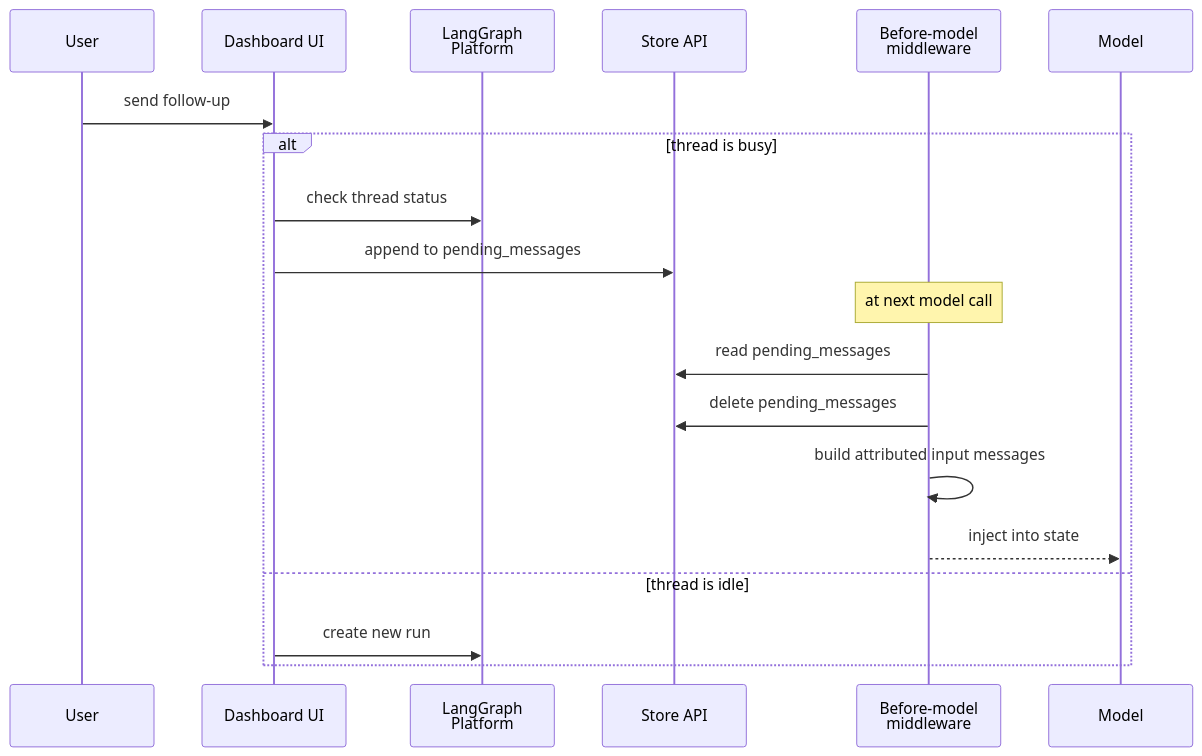
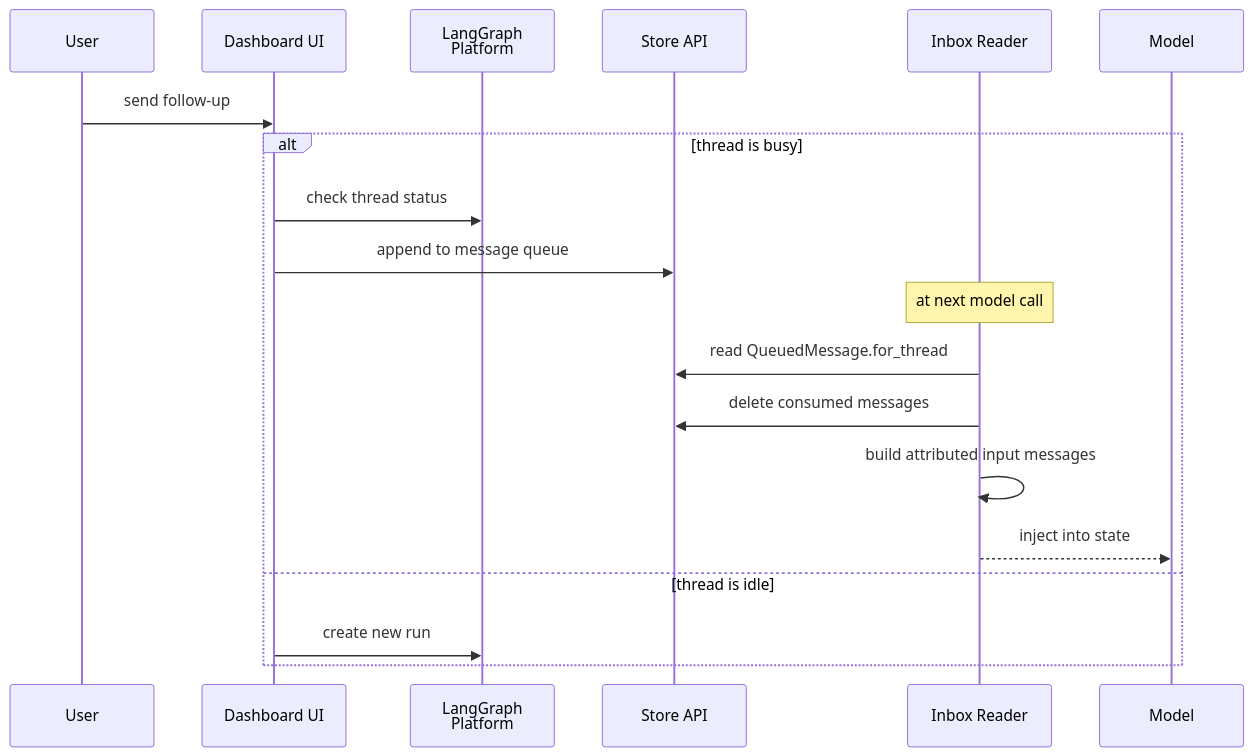
The diagram in openwiki/workflows/follow-up-messages.md (aeteq/open-swe), drawn with Mermaid before and after one commit. The commit also changed other lines of this file and 48 other files, not shown here.

````diff
--- a/openwiki/workflows/follow-up-messages.md
+++ b/openwiki/workflows/follow-up-messages.md
@@ -84,22 +88,22 @@
 ```mermaid
 sequenceDiagram
     participant User
     participant Dashboard as Dashboard UI
     participant LangGraph as LangGraph<br/>Platform
     participant Store as Store API
-    participant Middleware as Before-model<br/>middleware
+    participant Inbox as Inbox Reader
     participant Model
 
     User->>Dashboard: send follow-up
     alt thread is busy
         Dashboard->>LangGraph: check thread status
-        Dashboard->>Store: append to pending_messages
-        Note over Middleware: at next model call
-        Middleware->>Store: read pending_messages
-        Middleware->>Store: delete pending_messages
-        Middleware->>Middleware: build attributed input messages
-        Middleware-->>Model: inject into state
+        Dashboard->>Store: append to message queue
+        Note over Inbox: at next model call
+        Inbox->>Store: read QueuedMessage.for_thread
+        Inbox->>Store: delete consumed messages
+        Inbox->>Inbox: build attributed input messages
+        Inbox-->>Model: inject into state
     else thread is idle
         Dashboard->>LangGraph: create new run
     end
 ```
````
